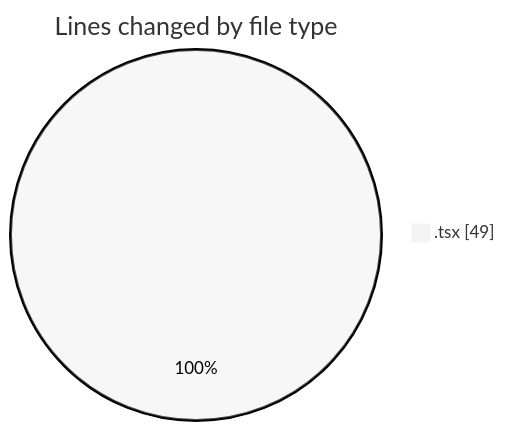
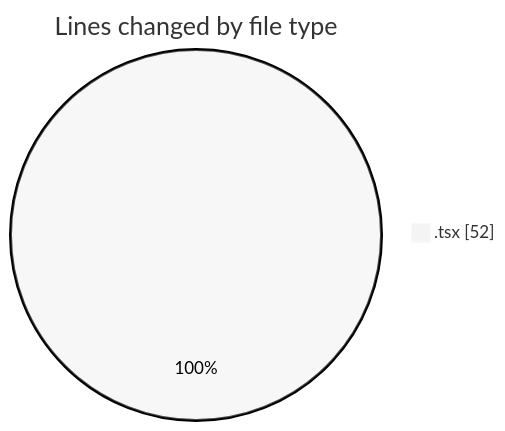
The first of 2 diagrams in 2025-12-12/cda/README.md (momahboobian/code-tracking), drawn with Mermaid (neutral theme) before and after one commit. The commit also changed other lines of this file and 1 other file, not shown here.

````diff
--- a/2025-12-12/cda/README.md
+++ b/2025-12-12/cda/README.md
@@ -20,5 +20,5 @@
 ```mermaid
 pie showData
 title Lines changed by file type
-".tsx" : 49
+".tsx" : 52
 ```
````
